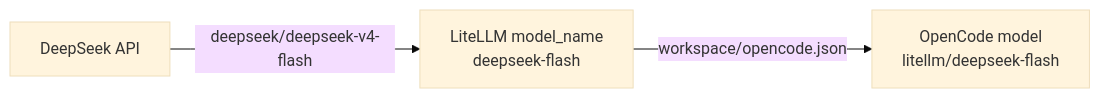
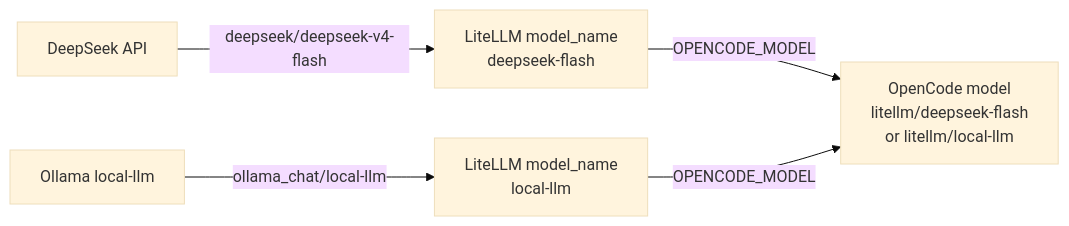
Before and after one commit to danielgit0/llm-sandbox-environments: the second of 2 diagrams in README.md, drawn with Mermaid (base theme). The commit also changed other lines of this file and 2 other files, not shown here.

First line of the commit message:
docs: document local Ollama model and kit 1.19.5

````diff
--- a/README.md
+++ b/README.md
@@ -82,5 +90,7 @@
 ```mermaid
 flowchart LR
-    DeepSeek["DeepSeek API"] -->|"deepseek/deepseek-v4-flash"| LiteLLM["LiteLLM model_name<br/>deepseek-flash"]
-    LiteLLM -->|"workspace/opencode.json"| Selected["OpenCode model<br/>litellm/deepseek-flash"]
+    DeepSeek["DeepSeek API"] -->|"deepseek/deepseek-v4-flash"| Hosted["LiteLLM model_name<br/>deepseek-flash"]
+    Ollama["Ollama local-llm"] -->|"ollama_chat/local-llm"| Local["LiteLLM model_name<br/>local-llm"]
+    Hosted -->|"OPENCODE_MODEL"| Selected["OpenCode model<br/>litellm/deepseek-flash<br/>or litellm/local-llm"]
+    Local -->|"OPENCODE_MODEL"| Selected
 ```
````
